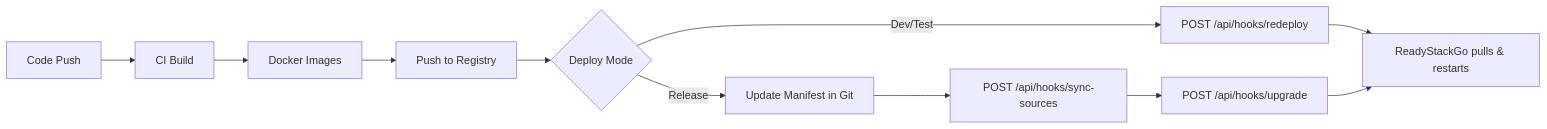
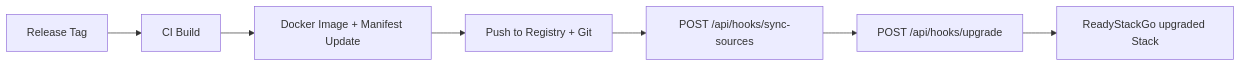
One commit to Wiesenwischer/ReadyStackGo changed the second of 2 diagrams in docs/CI-CD/Pipeline-Integration.md. Above: the diagram before and after it, drawn with Mermaid. The commit also changed other lines of this file and 8 other files, not shown here.

First line of the commit message:
Add CI/CD integration documentation and update roadmap (#86)

````diff
--- a/docs/CI-CD/Pipeline-Integration.md
+++ b/docs/CI-CD/Pipeline-Integration.md
@@ -35,13 +127,9 @@
 ```mermaid
 flowchart LR
-    A[Code Push] --> B[CI Build]
-    B --> C[Docker Images]
-    C --> D[Push to Registry]
-    D --> E{Deploy Mode}
-    E -->|Dev/Test| F[POST /api/hooks/redeploy]
-    E -->|Release| G[Update Manifest in Git]
-    G --> H[POST /api/hooks/sync-sources]
-    H --> I[POST /api/hooks/upgrade]
-    F --> J[ReadyStackGo pulls & restarts]
-    I --> J
+    A[Release Tag] --> B[CI Build]
+    B --> C[Docker Image + Manifest Update]
+    C --> D[Push to Registry + Git]
+    D --> E["POST /api/hooks/sync-sources"]
+    E --> F["POST /api/hooks/upgrade"]
+    F --> G[ReadyStackGo upgraded Stack]
 ```
````
